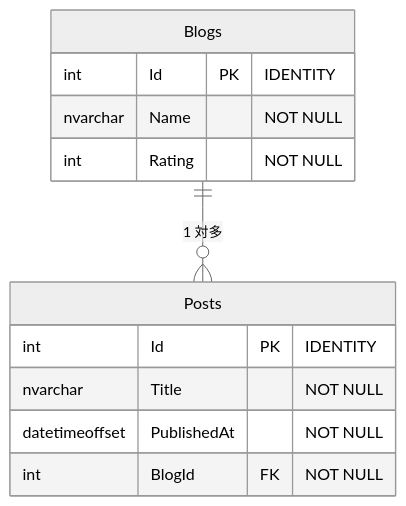
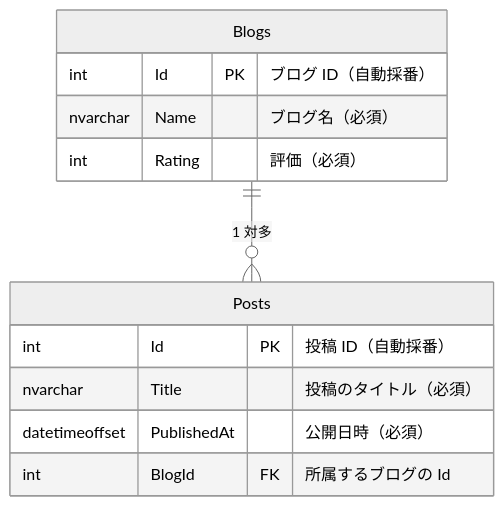
Before and after one commit to microsoft/aspnetcore-ja-handbook: the second of 8 diagrams in src/content/docs/08-entity-framework-core/index.md, drawn with Mermaid (neutral theme).

Commit message:
docs(08): ER 図の各列に日本語の説明を追加
型と PK / FK だけでは各列が何を表しているのかが読者に伝わらなかったため、
コメント欄を制約表記（IDENTITY / NOT NULL）から日本語の説明に置き換えた。
必須かどうかは説明文の中に「（必須）」として残している。

- Blogs: ブログ ID（自動採番）、ブログ名（必須）、評価（必須）
- Posts: 投稿 ID（自動採番）、投稿のタイトル（必須）、公開日時（必須）、
  所属するブログの Id
- 開発サーバーで描画を確認した。27 個のラベルすべてが文字化けなく描画され、
  鳥足マーカー 8 個も維持されている
- 日本語化で SVG の幅は 398px から 502px に広がったが、
  本文カラム幅 720px の内側に収まっており、同じページの既存 mermaid 図
  （いずれも 688px 表示）より小さい

Copilot-Session: cb9e357f-a50f-48d7-a2f0-e878f7bfc777

````diff
--- a/src/content/docs/08-entity-framework-core/index.md
+++ b/src/content/docs/08-entity-framework-core/index.md
@@ -97,17 +97,17 @@
 ```mermaid
 erDiagram
     Blogs ||--o{ Posts : "1 対多"
 
     Blogs {
-        int Id PK "IDENTITY"
-        nvarchar Name "NOT NULL"
-        int Rating "NOT NULL"
+        int Id PK "ブログ ID（自動採番）"
+        nvarchar Name "ブログ名（必須）"
+        int Rating "評価（必須）"
     }
 
     Posts {
-        int Id PK "IDENTITY"
-        nvarchar Title "NOT NULL"
-        datetimeoffset PublishedAt "NOT NULL"
-        int BlogId FK "NOT NULL"
+        int Id PK "投稿 ID（自動採番）"
+        nvarchar Title "投稿のタイトル（必須）"
+        datetimeoffset PublishedAt "公開日時（必須）"
+        int BlogId FK "所属するブログの Id"
     }
 ```
````
